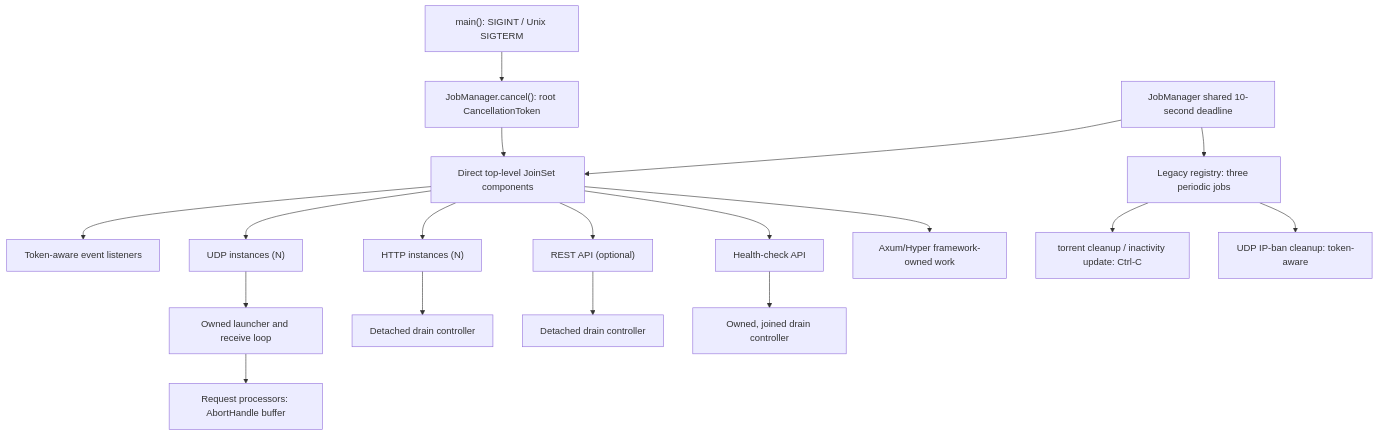
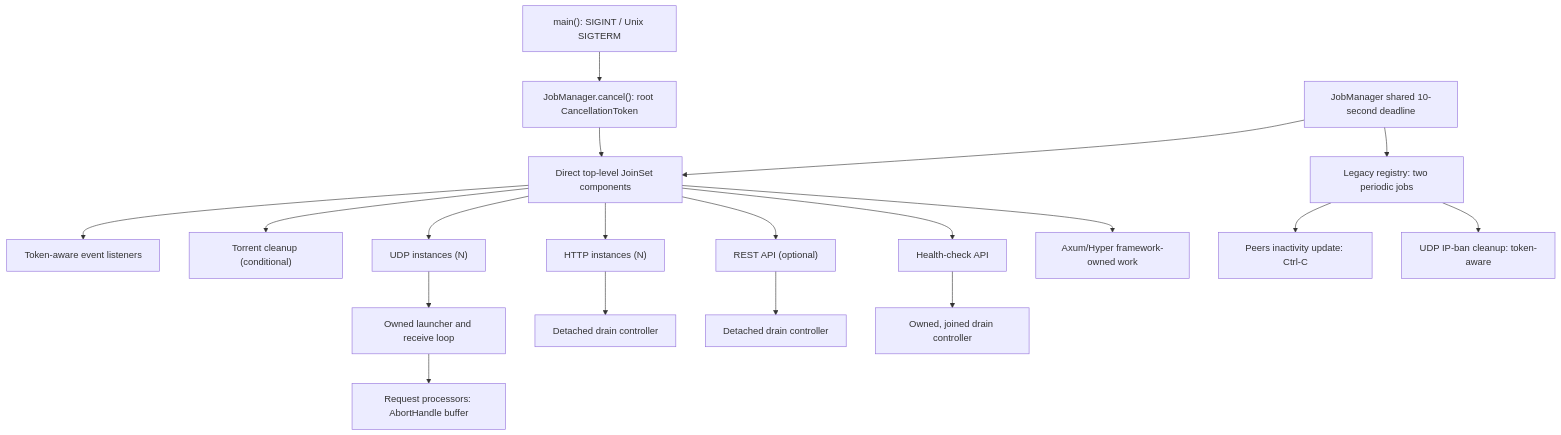
One commit to torrust/torrust-tracker changed the diagram in docs/features/shutdown-process/task-inventory.md. Above: the diagram before and after it, drawn with Mermaid. The commit also changed other lines of this file and 6 other files, not shown here.

````diff
--- a/docs/features/shutdown-process/task-inventory.md
+++ b/docs/features/shutdown-process/task-inventory.md
@@ -69,20 +69,21 @@
 ```mermaid
 flowchart TD
     main["main(): SIGINT / Unix SIGTERM"] --> cancel["JobManager.cancel(): root CancellationToken"]
     cancel --> direct["Direct top-level JoinSet components"]
     direct --> listeners["Token-aware event listeners"]
+    direct --> cleanup["Torrent cleanup (conditional)"]
     direct --> udp["UDP instances (N)"]
     udp --> udpLauncher["Owned launcher and receive loop"]
     udpLauncher --> udpRequests["Request processors: AbortHandle buffer"]
     direct --> http["HTTP instances (N)"]
     http --> httpController["Detached drain controller"]
     direct --> rest["REST API (optional)"]
     rest --> restController["Detached drain controller"]
     direct --> health["Health-check API"]
     health --> healthController["Owned, joined drain controller"]
     direct --> framework["Axum/Hyper framework-owned work"]
     manager["JobManager shared 10-second deadline"] --> direct
-    manager --> legacy["Legacy registry: three periodic jobs"]
-    legacy --> cleanup["torrent cleanup / inactivity update: Ctrl-C"]
+    manager --> legacy["Legacy registry: two periodic jobs"]
+    legacy --> inactivity["Peers inactivity update: Ctrl-C"]
     legacy --> ban["UDP IP-ban cleanup: token-aware"]
 ```
````
